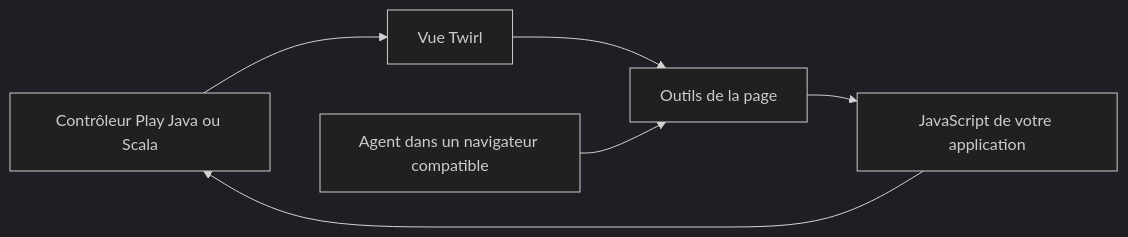
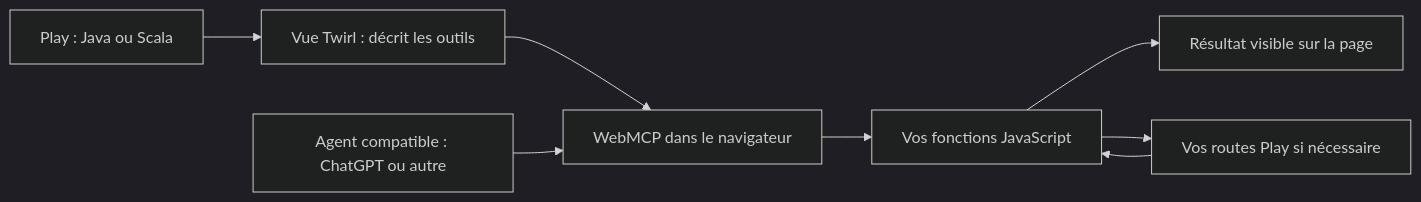
Before and after one commit to AlexusEl/play-webmcp: the first of 2 diagrams in README.md, drawn with Mermaid (dark theme). The commit also changed other lines of this file, not shown here.

Commit message:
docs: publish French setup and compatibility guide with diagrams

````diff
--- a/README.md
+++ b/README.md
@@ -22,8 +18,10 @@
 ```mermaid
 flowchart LR
-    P[Contrôleur Play Java ou Scala] --> V[Vue Twirl]
-    V --> T[Outils de la page]
-    A[Agent dans un navigateur compatible] --> T
-    T --> J[JavaScript de votre application]
-    J --> P
+    P["Play : Java ou Scala"] --> V["Vue Twirl : décrit les outils"]
+    V --> B["WebMCP dans le navigateur"]
+    A["Agent compatible : ChatGPT ou autre"] --> B
+    B --> J["Vos fonctions JavaScript"]
+    J --> U["Résultat visible sur la page"]
+    J --> R["Vos routes Play si nécessaire"]
+    R --> J
 ```
````
